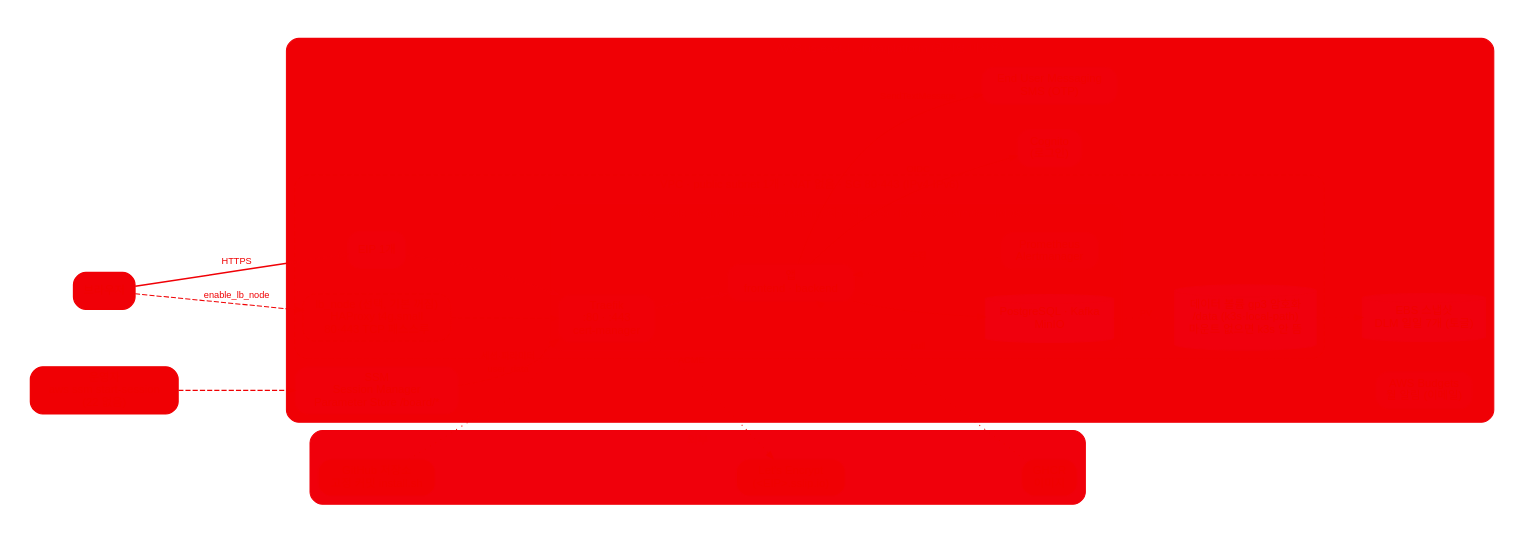
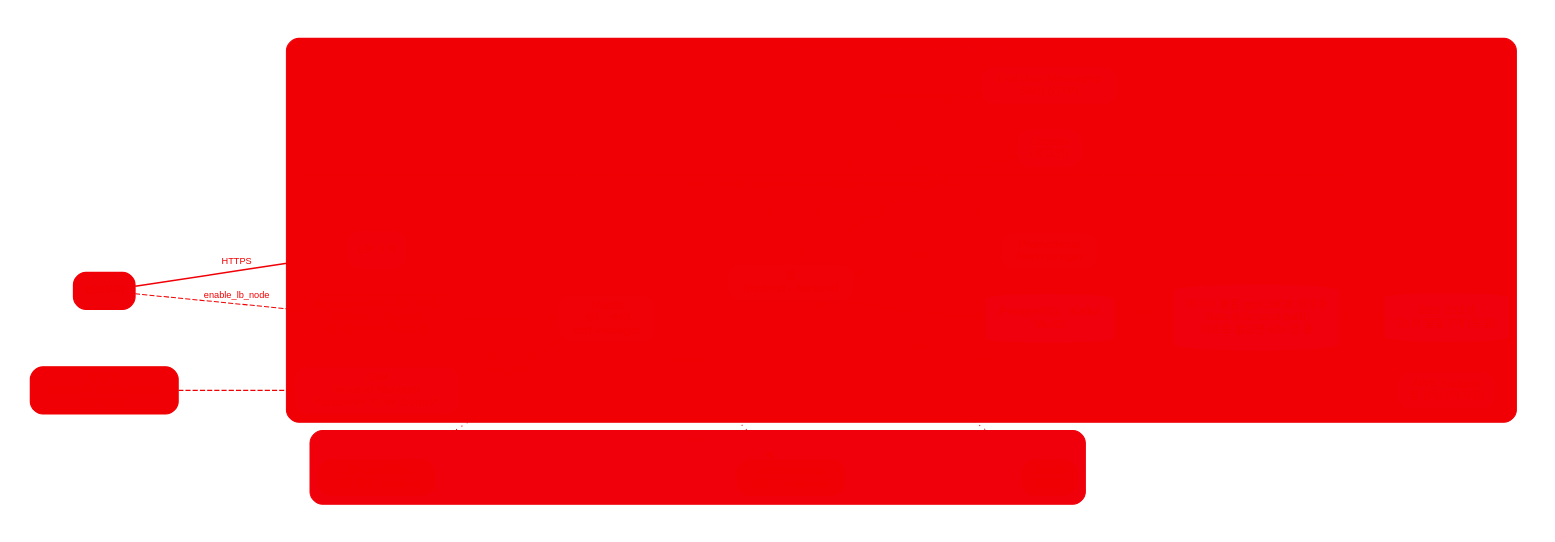
The diagram in diagrams/platform-aws.dot (coralstay-archive/react-next-spring-postgresql-terraform-aws), drawn with Graphviz before and after one commit. The commit also changed 4 other files, not shown here.

Commit message:
docs(TASK-65#7): README — IPv6 주장 제거, 최소 권한·데이터 볼륨 보호 설명, TASK-52 항목(IMDS NetworkPolicy·스팟 요청 취소·LB 우회)

```diff
--- a/diagrams/platform-aws.dot
+++ b/diagrams/platform-aws.dot
@@ -1,60 +1,60 @@
 // alt: AWS 실배포 설계(decision-11) — 브라우저 → EIP → k3s 노드(t4g.large 스팟, Rocky 9.8, Traefik 80·443)의 앱·PostgreSQL·Kafka·MinIO·모니터링, 데이터 gp3 볼륨(/data, DLM 스냅샷), SSM·Cognito·SMS·Budgets, 선택 HAProxy lb_node
 digraph platform_aws {
   graph [rankdir=LR, fontname="Helvetica", fontsize=11, fontcolor="#f00001", nodesep=0.35, ranksep=0.6, pad=0.3, newrank=true]
   node  [shape=box, style="rounded,filled", fontname="Helvetica", fontsize=11, fontcolor="#f00001", color="#f00003", fillcolor="#f00004", penwidth=1.2, margin="0.14,0.07"]
   edge  [fontname="Helvetica", fontsize=9, fontcolor="#f00002", color="#f00003", arrowsize=0.7]
 
   browser [label="브라우저", fillcolor="#f00007", color="#f00006"]
   operator [label="운영자\naws ssm start-session\n(22 없음)", fillcolor="#f00004"]
 
   subgraph cluster_ext {
     label="외부"; style="rounded,filled"; color="#f0000a"; fillcolor="#f0000b"; fontcolor="#f0000a"
     ghcr [label="GHCR\n이미지", color="#f0000a"]
     le [label="Let's Encrypt\n(<EIP>.sslip.io)", color="#f0000a"]
     github [label="GitHub 저장소\n고정 커밋 install.sh", color="#f0000a"]
   }
 
   subgraph cluster_aws {
     label="AWS us-east-1 · infra/platform (관리형 미사용)"; style="rounded,filled"; color="#f00008"; fillcolor="#f00005"; fontcolor="#f00008"
 
     subgraph cluster_vpc {
-      label="VPC · public subnet 1개 · NAT 없음 · SG 80·443 (IPv4·IPv6)"; style="rounded,dashed"; color="#f00003"; fillcolor="#f00005"; fontcolor="#f00002"
+      label="VPC · public subnet 1개 · NAT 없음 · SG 80·443 (IPv4)"; style="rounded,dashed"; color="#f00003"; fillcolor="#f00005"; fontcolor="#f00002"
       eip [label="EIP 1개", color="#f00008", fillcolor="#f00009"]
       lb [label="lb_node (선택, 기본 꺼짐)\nHAProxy t4g.small\n80·443 TCP 패스스루", style="rounded,dashed", color="#f00003"]
 
       subgraph cluster_node {
         label="k3s_node · t4g.large 스팟 (persistent, 회수 시 stop) · Rocky 9.8 arm64 · IMDSv2"; style="rounded,filled"; color="#f00006"; fillcolor="#f00004"; fontcolor="#f00006"
         traefik [label="Traefik\n:80 · :443\ncert-manager", color="#f00006", fillcolor="#f00007"]
         apps [label="앱\nfrontend · backend", color="#f00006", fillcolor="#f00007"]
         data [label="PostgreSQL · Kafka\nMinIO", shape=cylinder, color="#f0000c", fillcolor="#f0000d"]
         mon [label="Prometheus\nAlertmanager", color="#f00006", fillcolor="#f00007"]
       }
-      vol [label="데이터 볼륨 gp3 암호화\n/data (k3s·local-path)\n마운트 없으면 k3s 안 뜸", shape=cylinder, color="#f0000c", fillcolor="#f0000d"]
+      vol [label="데이터 볼륨 gp3 30GB 암호화\n/data (k3s·local-path)\n마운트 없으면 k3s 안 뜸", shape=cylinder, color="#f0000c", fillcolor="#f0000d"]
     }
 
     snap [label="EBS 스냅샷\nDLM 일일 7개 (토글)", shape=cylinder, color="#f0000c", fillcolor="#f0000d"]
     ssm [label="SSM\nSession Manager\nParameter Store /board/*", color="#f00008", fillcolor="#f00009"]
     cognito [label="Cognito\n(로그인)", color="#f00008", fillcolor="#f00009"]
     sms [label="End User Messaging\nSMS (OTP)", color="#f00008", fillcolor="#f00009"]
     budgets [label="AWS Budgets\n월 알림 (이메일)", color="#f00008", fillcolor="#f00009"]
   }
 
   browser -> eip [label="HTTPS", color="#f00006", penwidth=1.5]
   eip -> traefik [color="#f00006", penwidth=1.5]
   browser -> lb [label="enable_lb_node", style=dashed]
   lb -> traefik [style=dashed]
   traefik -> apps [color="#f00006", penwidth=1.5]
   apps -> data
   apps -> mon [dir=back, style=dotted, label="수집"]
   data -> vol [arrowhead=none, style=dotted, label="PV"]
   vol -> snap [style=dotted]
   operator -> ssm [style=dashed]
   ssm -> traefik [style=dashed, label="세션·파라미터"]
   apps -> cognito [label="OIDC"]
   apps -> sms [label="SendTextMessage"]
   traefik -> le [label="ACME", style=dotted]
   apps -> ghcr [label="pull", style=dotted, dir=back]
   github -> traefik [label="user_data", style=dotted]
 
   { rank=same; budgets; snap }
 }
```
